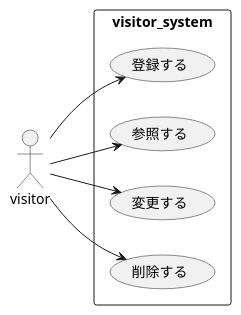
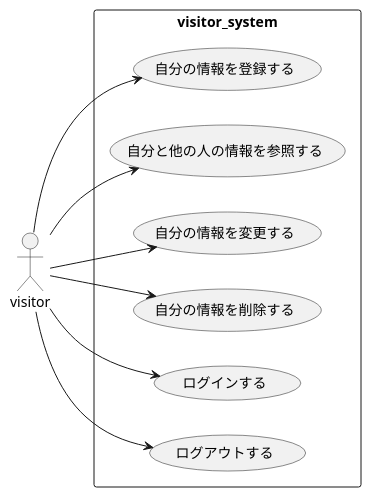
The diagram in group/07_Web_visitor/usecase.pu (o-harahibiki0416/o-hara_uml), drawn with PlantUML before and after one commit. The commit also changed 2 other files, not shown here.

```diff
--- a/group/07_Web_visitor/usecase.pu
+++ b/group/07_Web_visitor/usecase.pu
@@ -1,15 +1,19 @@
 @startuml Robodogユースケース図
 left to right direction
 actor visitor as U
 
 rectangle visitor_system {
-  usecase "登録する" as UC1
-  usecase "参照する" as UC2
-  usecase "変更する" as UC3
-  usecase "削除する" as UC4
+  usecase "自分の情報を登録する" as UC1
+  usecase "自分と他の人の情報を参照する" as UC2
+  usecase "自分の情報を変更する" as UC3
+  usecase "自分の情報を削除する" as UC4
+  usecase "ログインする" as UC5
+  usecase "ログアウトする" as UC6
 }
 U --> UC1
 U --> UC2
 U --> UC3
 U --> UC4
+U --> UC5
+U --> UC6
 @enduml
```
